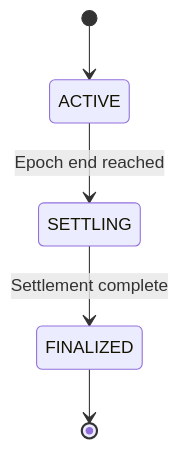
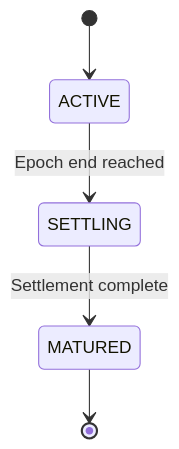
The diagram in learn/epoch-lifecycle.mdx (karnotxyz/docs), drawn with Mermaid before and after one commit. The commit also changed other lines of this file and 13 other files, not shown here.

````diff
--- a/learn/epoch-lifecycle.mdx
+++ b/learn/epoch-lifecycle.mdx
@@ -11,7 +11,7 @@
 ```mermaid
 stateDiagram-v2
     [*] --> ACTIVE
     ACTIVE --> SETTLING : Epoch end reached
-    SETTLING --> FINALIZED : Settlement complete
-    FINALIZED --> [*]
+    SETTLING --> MATURED : Settlement complete
+    MATURED --> [*]
 ```
````
